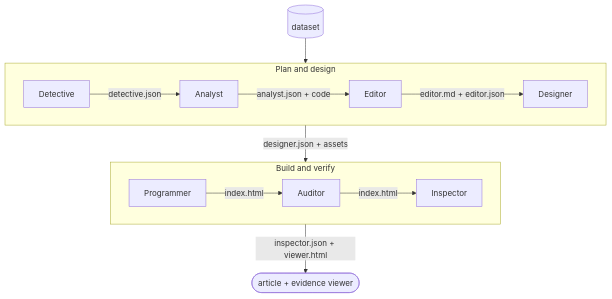
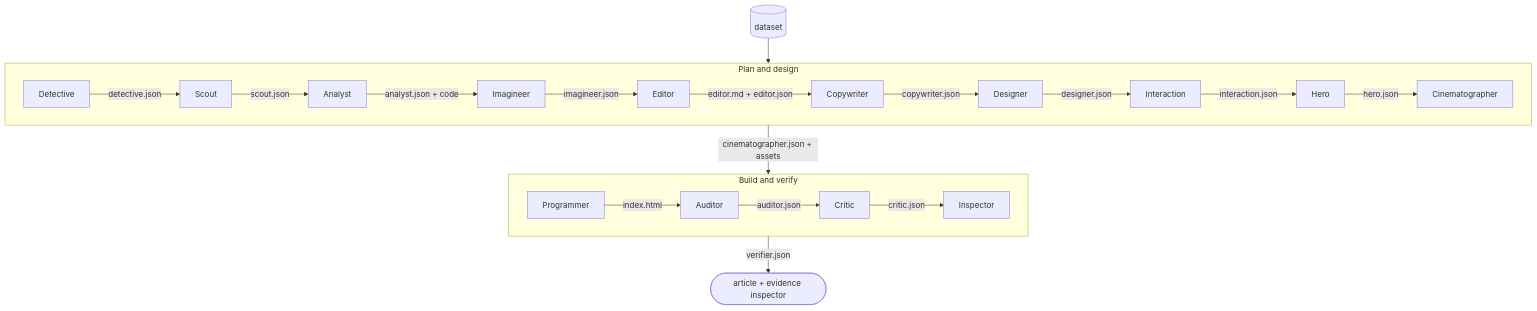
Before and after one commit to QinghongLin/data2story-skill: the diagram in README.md, drawn with Mermaid. The commit also changed other lines of this file and 148 other files, not shown here.

````diff
--- a/README.md
+++ b/README.md
@@ -79,21 +125,28 @@
 ```mermaid
 flowchart TB
     DATA[(dataset)]
 
     subgraph plan [Plan and design]
         direction LR
-        DET[Detective] -->|detective.json| ANA[Analyst]
-        ANA -->|analyst.json + code| EDT[Editor]
-        EDT -->|editor.md + editor.json| DES[Designer]
+        DET[Detective] -->|detective.json| SCT[Scout]
+        SCT -->|scout.json| ANA[Analyst]
+        ANA -->|analyst.json + code| IMG[Imagineer]
+        IMG -->|imagineer.json| EDT[Editor]
+        EDT -->|editor.md + editor.json| CPY[Copywriter]
+        CPY -->|copywriter.json| DES[Designer]
+        DES -->|designer.json| INT[Interaction]
+        INT -->|interaction.json| HRO[Hero]
+        HRO -->|hero.json| CIN[Cinematographer]
     end
 
     subgraph build [Build and verify]
         direction LR
         PRG[Programmer] -->|index.html| AUD[Auditor]
-        AUD -->|index.html| INS[Inspector]
+        AUD -->|auditor.json| CRT[Critic]
+        CRT -->|critic.json| INS[Inspector]
     end
 
     DATA --> DET
-    DES -->|designer.json + assets| PRG
-    INS -->|inspector.json + viewer.html| OUT([article + evidence viewer])
+    CIN -->|cinematographer.json + assets| PRG
+    INS -->|verifier.json| OUT([article + evidence inspector])
 ```
````
